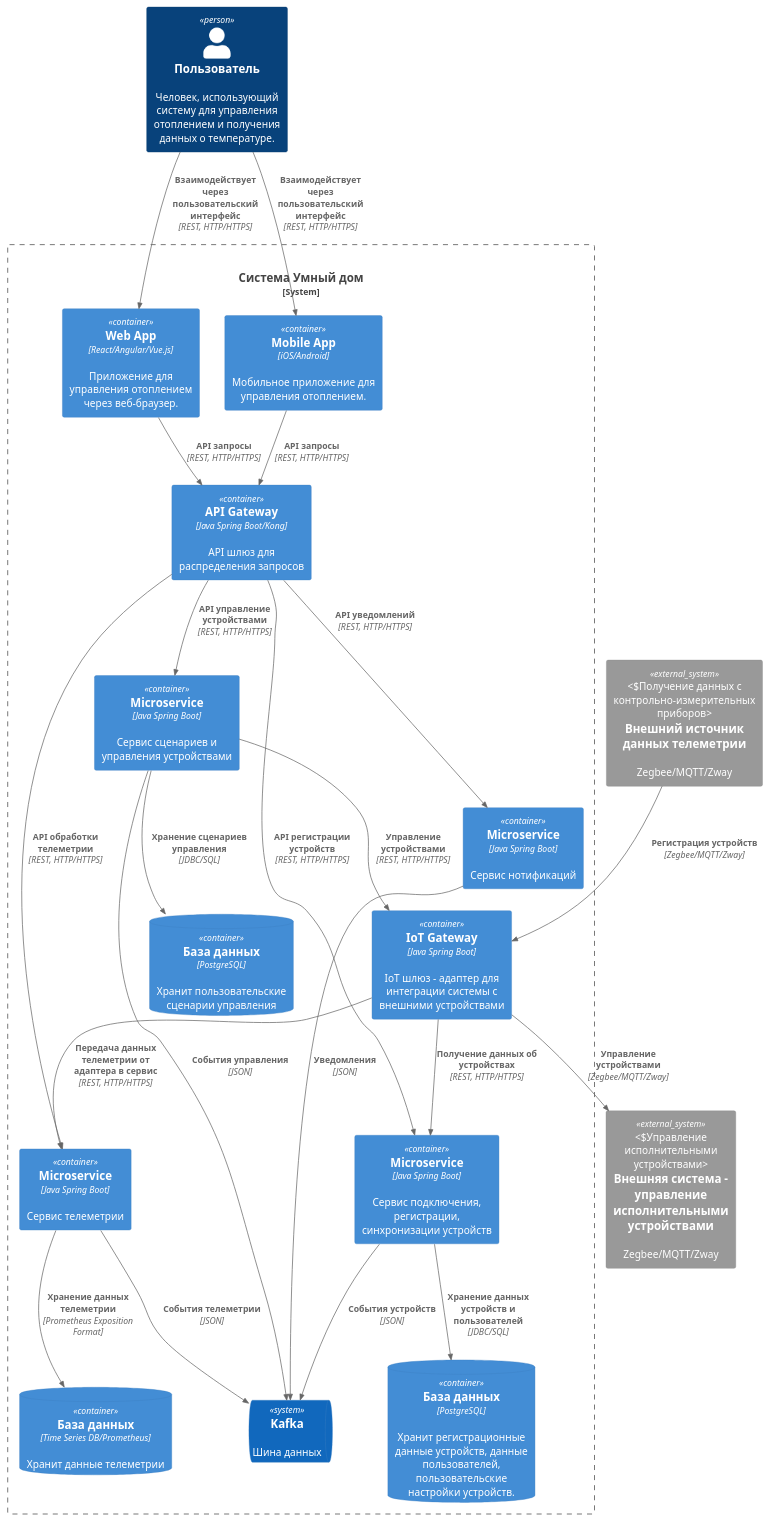
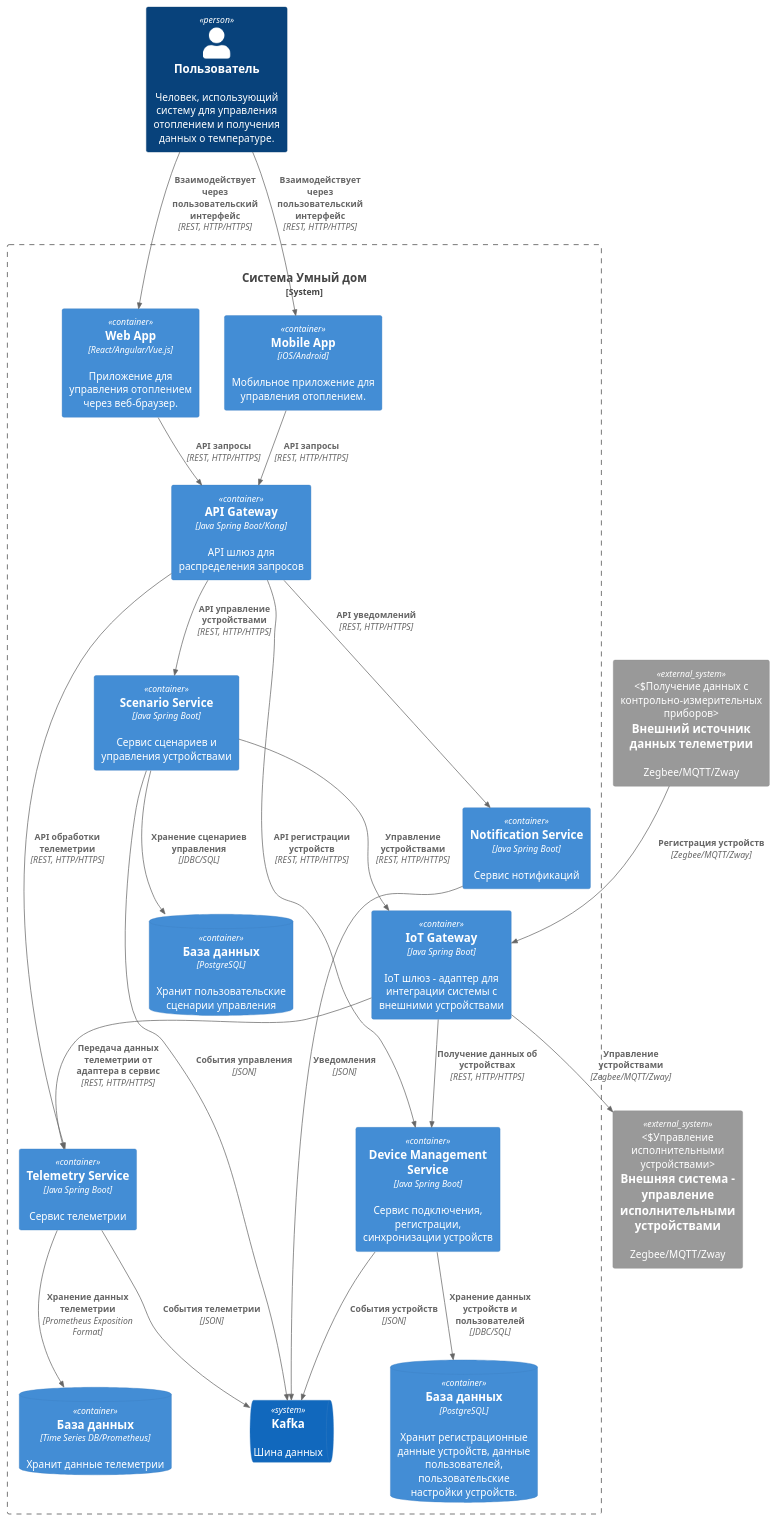
Before and after one commit to moskalevms/architecture-sprint-3: the diagram in docs/tobe/container/C4_to_be_container.puml, drawn with PlantUML. The commit also changed 2 other files, not shown here.

```diff
--- a/docs/tobe/container/C4_to_be_container.puml
+++ b/docs/tobe/container/C4_to_be_container.puml
@@ -1,49 +1,49 @@
 @startuml
 !include <C4/C4_Container>
 !include <C4/C4_Context>
 !include <C4/C4>
 
 Person(customer, "Пользователь", "Человек, использующий систему для управления отоплением и получения данных о температуре.")
 
 System_Boundary(system, "Система Умный дом") {
     Container(webApp, "Web App", "React/Angular/Vue.js", "Приложение для управления отоплением через веб-браузер.")
     Container(mobileApp, "Mobile App", "iOS/Android", "Мобильное приложение для управления отоплением.")
     Container(gtw, "API Gateway", "Java Spring Boot/Kong", "API шлюз для распределения запросов")
     Container(iotGtw, "IoT Gateway", "Java Spring Boot", "IoT шлюз - адаптер для интеграции системы с внешними устройствами")
-    Container(deviceManagementService, "Microservice", "Java Spring Boot", "Сервис подключения, регистрации, синхронизации устройств")
-    Container(controlService, "Microservice", "Java Spring Boot", "Сервис сценариев и управления устройствами")
-    Container(telemetryService, "Microservice", "Java Spring Boot", "Сервис телеметрии")
-    Container(notificationService, "Microservice", "Java Spring Boot", "Сервис нотификаций")
+    Container(deviceManagementService, "Device Management Service", "Java Spring Boot", "Сервис подключения, регистрации, синхронизации устройств")
+    Container(controlService, "Scenario Service", "Java Spring Boot", "Сервис сценариев и управления устройствами")
+    Container(telemetryService, "Telemetry Service", "Java Spring Boot", "Сервис телеметрии")
+    Container(notificationService, "Notification Service", "Java Spring Boot", "Сервис нотификаций")
     ContainerDb(databaseDeviceManagement, "База данных", "PostgreSQL", "Хранит регистрационные данные устройств, данные пользователей, пользовательские настройки устройств.")
     ContainerDb(databaseControlService, "База данных", "PostgreSQL", "Хранит пользовательские сценарии управления")
     ContainerDb(databaseTelemetryService, "База данных", "Time Series DB/Prometheus", "Хранит данные телеметрии")
     SystemQueue(eventBus, "Kafka", "Шина данных")
 
 }
 
 System_Ext(externalApiDevices, "Внешний источник данных телеметрии", "Zegbee/MQTT/Zway", "Получение данных с контрольно-измерительных приборов")
 System_Ext(externalApiControl, "Внешняя система - управление исполнительными устройствами", "Zegbee/MQTT/Zway", "Управление исполнительными устройствами")
 
 Rel(customer, webApp, "Взаимодействует через пользовательский интерфейс", "REST, HTTP/HTTPS")
 Rel(customer, mobileApp, "Взаимодействует через пользовательский интерфейс", "REST, HTTP/HTTPS")
 Rel(webApp, gtw, "API запросы", "REST, HTTP/HTTPS")
 Rel(mobileApp, gtw, "API запросы", "REST, HTTP/HTTPS")
 Rel(gtw, deviceManagementService, "API регистрации устройств", "REST, HTTP/HTTPS")
 Rel(gtw, controlService, "API управление устройствами", "REST, HTTP/HTTPS")
 Rel(gtw, telemetryService, "API обработки телеметрии", "REST, HTTP/HTTPS")
 Rel(gtw, notificationService, "API уведомлений", "REST, HTTP/HTTPS")
 Rel(deviceManagementService, databaseDeviceManagement, "Хранение данных устройств и пользователей", "JDBC/SQL")
 Rel(controlService, databaseControlService, "Хранение сценариев управления", "JDBC/SQL")
 Rel(telemetryService, databaseTelemetryService, "Хранение данных телеметрии", "Prometheus Exposition Format")
 Rel(deviceManagementService, eventBus, "События устройств", "JSON")
 Rel(controlService, eventBus, "События управления", "JSON")
 Rel(telemetryService, eventBus, "События телеметрии", "JSON")
 Rel(notificationService, eventBus, "Уведомления", "JSON")
 
 Rel(iotGtw, deviceManagementService, "Получение данных об устройствах", "REST, HTTP/HTTPS")
 Rel(controlService, iotGtw, "Управление устройствами", "REST, HTTP/HTTPS")
 Rel(iotGtw, telemetryService, "Передача данных телеметрии от адаптера в сервис", "REST, HTTP/HTTPS")
 
 Rel(externalApiDevices, iotGtw, "Регистрация устройств", "Zegbee/MQTT/Zway")
 Rel(iotGtw, externalApiControl, "Управление устройствами", "Zegbee/MQTT/Zway")
 @enduml
```
